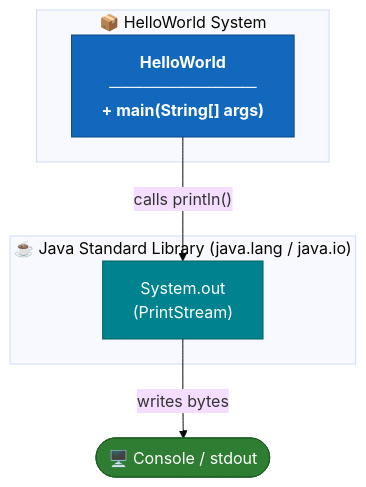
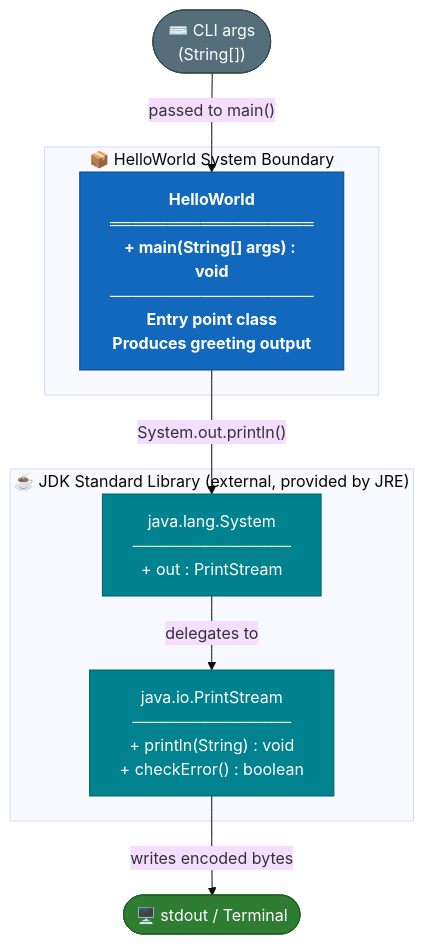
One commit to ktruchcz/copilot-test-ktruchcz changed the fifth of 21 diagrams in arc42-documentation.md. Above: the diagram before and after it, drawn with Mermaid (base theme). The commit also changed other lines of this file, not shown here.

First line of the commit message:
Generate comprehensive arc42 architecture documentation

````diff
--- a/arc42-documentation.md
+++ b/arc42-documentation.md
@@ -193,19 +281,24 @@
 ```mermaid
 graph TB
     classDef system fill:#1168BD,stroke:#0B4884,color:#fff,font-weight:bold
     classDef stdlib fill:#00838F,stroke:#006064,color:#fff
     classDef io fill:#2E7D32,stroke:#1B5E20,color:#fff
+    classDef external fill:#546E7A,stroke:#37474F,color:#fff
 
-    subgraph HelloWorldSystem["📦 HelloWorld System"]
-        HW["HelloWorld\n─────────────\n+ main(String[] args)"]:::system
+    subgraph HelloWorldSystem["📦 HelloWorld System Boundary"]
+        HW["HelloWorld\n══════════════════\n+ main(String[] args) : void\n──────────────────\nEntry point class\nProduces greeting output"]:::system
     end
 
-    subgraph JDK["☕ Java Standard Library (java.lang / java.io)"]
-        SysOut["System.out\n(PrintStream)"]:::stdlib
+    subgraph JDK_stdlib["☕ JDK Standard Library (external, provided by JRE)"]
+        Sys["java.lang.System\n──────────────\n+ out : PrintStream"]:::stdlib
+        PS["java.io.PrintStream\n──────────────\n+ println(String) : void\n+ checkError() : boolean"]:::stdlib
     end
 
-    Console(["🖥️ Console / stdout"]):::io
+    Terminal(["🖥️ stdout / Terminal"]):::io
+    Args(["⌨️ CLI args\n(String[])"]):::external
 
-    HW -->|"calls println()"| SysOut
-    SysOut -->|"writes bytes"| Console
+    Args -->|"passed to main()"| HW
+    HW -->|"System.out.println()"| Sys
+    Sys -->|"delegates to"| PS
+    PS -->|"writes encoded bytes"| Terminal
 ```
````
